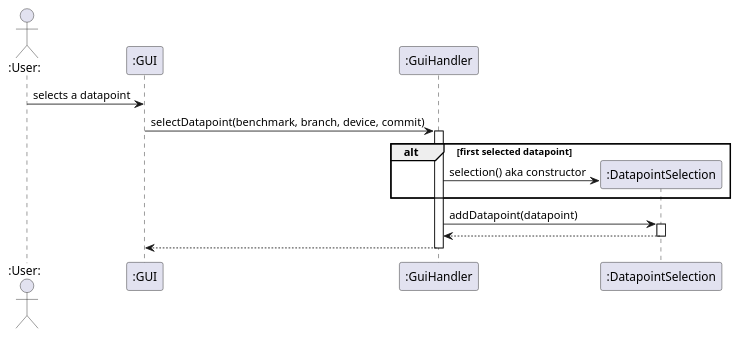
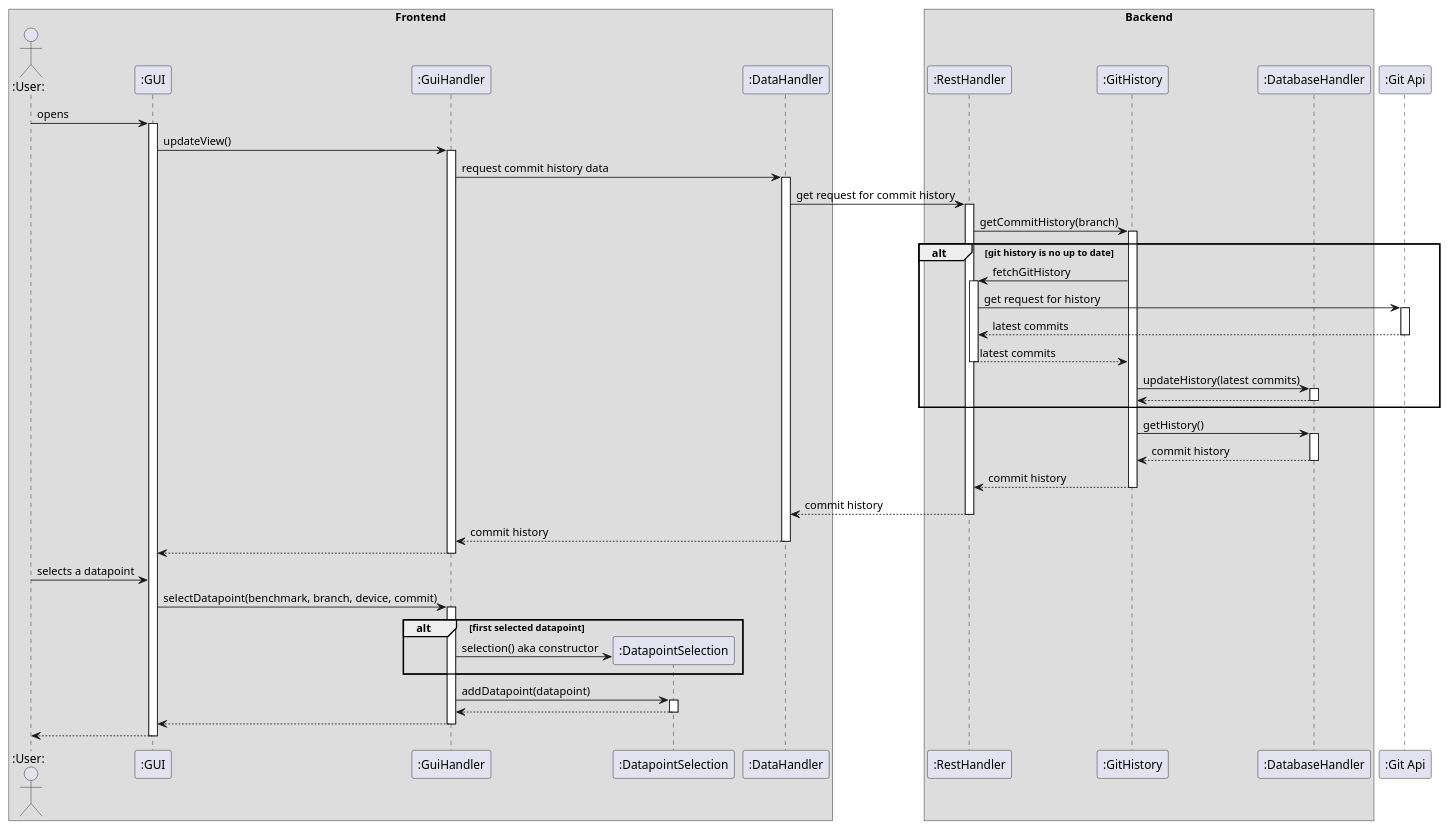
Before and after one commit to pse-parkview/Parkview: the diagram in Design/plantuml/FR1.puml, drawn with PlantUML.

Commit message:
extends sequence diagram for fr1

```diff
--- a/Design/plantuml/FR1.puml
+++ b/Design/plantuml/FR1.puml
@@ -1,20 +1,60 @@
 @startuml FR1
 
+'i shouldn't name everything SomethingHandler
+box "Frontend"
 actor ":User:" as ted
 participant ":GUI" as gui
-participant ":GuiHandler" as guiHandler
+participant ":GuiHandler" as gh
 participant ":DatapointSelection" as selection
+participant ":DataHandler" as dh
+end box
+
+box "Backend"
+participant ":RestHandler" as rh
+participant ":GitHistory" as ghist
+participant ":DatabaseHandler" as datah
+end box
+
+'i don't know how to represent an api in a sequence diagram
+participant ":Git Api" as gitapi
+
+ted -> gui ++: opens
+
+gui -> gh ++: updateView()
+gh -> dh ++: request commit history data
+dh -> rh ++: get request for commit history
+rh -> ghist ++: getCommitHistory(branch)
+
+alt git history is no up to date
+  ghist -> rh ++: fetchGitHistory
+  rh -> gitapi ++: get request for history
+  gitapi --> rh --: latest commits
+  rh --> ghist --: latest commits
+  ghist -> datah ++: updateHistory(latest commits)
+  datah --> ghist --:
+  end
+
+ghist -> datah ++: getHistory()
+datah --> ghist --: commit history
+
+ghist --> rh --: commit history
+rh --> dh --: commit history
+dh --> gh --: commit history
+gh --> gui --:
+
+
 
 ted -> gui: selects a datapoint
-gui -> guiHandler ++: selectDatapoint(benchmark, branch, device, commit)
+gui -> gh ++: selectDatapoint(benchmark, branch, device, commit)
 
 alt first selected datapoint
   create selection
-  guiHandler -> selection : selection() aka constructor
+  gh -> selection : selection() aka constructor
   end
 
-guiHandler -> selection ++: addDatapoint(datapoint)
-selection --> guiHandler --:
-guiHandler --> gui --:
+gh -> selection ++: addDatapoint(datapoint)
+selection --> gh --:
+gh --> gui --:
+gui --> ted --:
 
 @enduml
```
